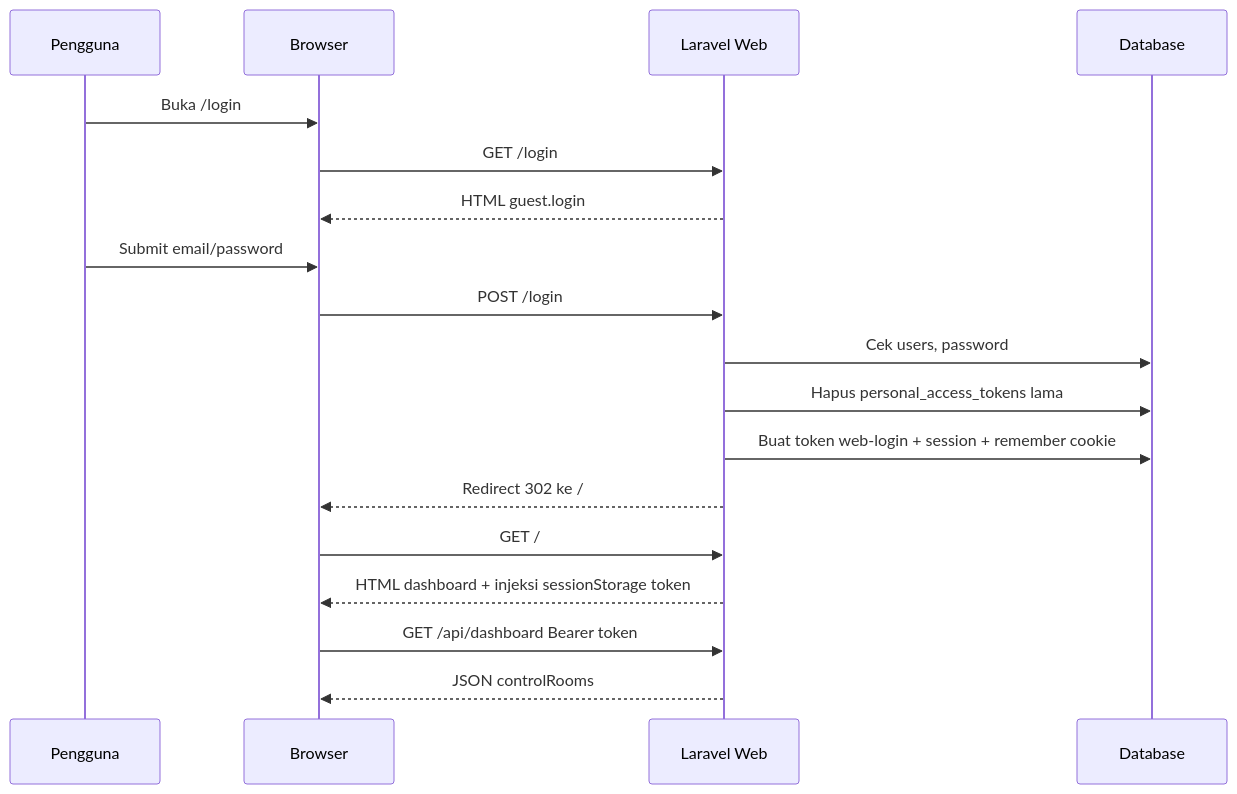
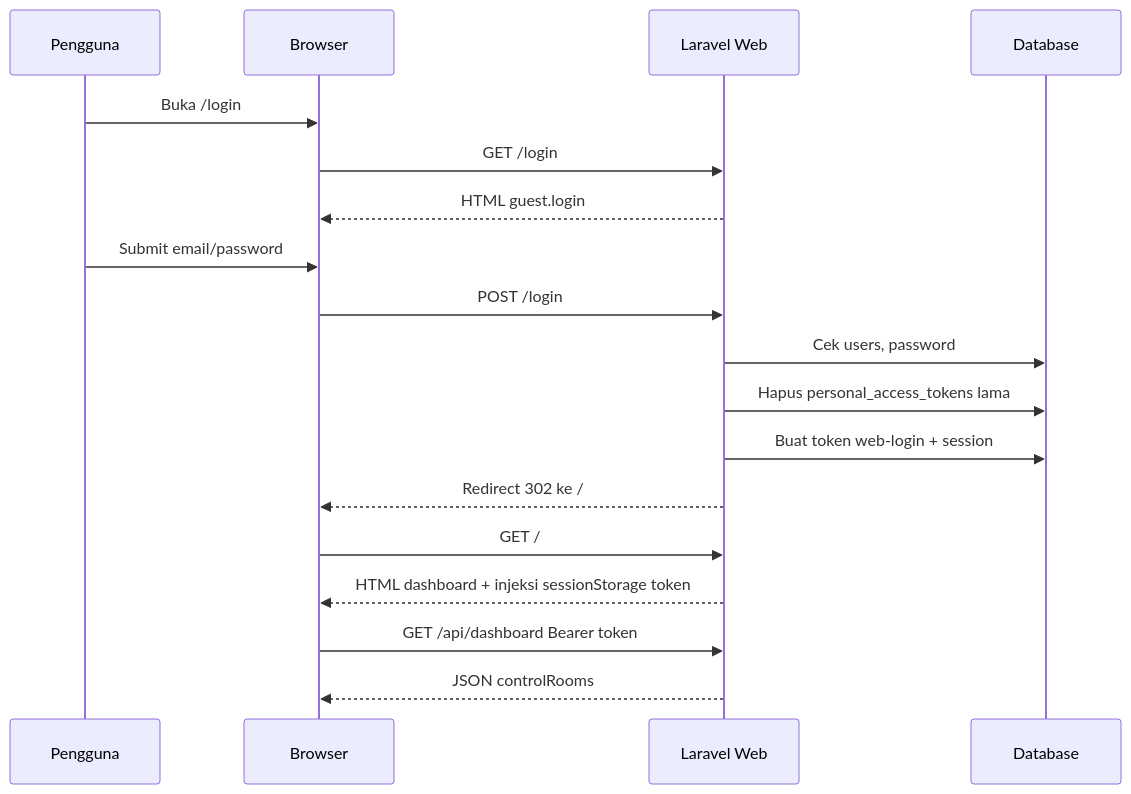
Before and after one commit to Maksum885/dashboard_spm: the second of 4 diagrams in docs/SISTEM_CARA_KERJA_DAN_INDEKS_FILE.md, drawn with Mermaid. The commit also changed other lines of this file and 46 other files, not shown here.

````diff
--- a/docs/SISTEM_CARA_KERJA_DAN_INDEKS_FILE.md
+++ b/docs/SISTEM_CARA_KERJA_DAN_INDEKS_FILE.md
@@ -69,21 +72,21 @@
 ```mermaid
 sequenceDiagram
   participant U as Pengguna
   participant B as Browser
   participant L as Laravel Web
   participant DB as Database
 
   U->>B: Buka /login
   B->>L: GET /login
   L-->>B: HTML guest.login
   U->>B: Submit email/password
   B->>L: POST /login
   L->>DB: Cek users, password
   L->>DB: Hapus personal_access_tokens lama
-  L->>DB: Buat token web-login + session + remember cookie
+  L->>DB: Buat token web-login + session
   L-->>B: Redirect 302 ke /
   B->>L: GET /
   L-->>B: HTML dashboard + injeksi sessionStorage token
   B->>L: GET /api/dashboard Bearer token
   L-->>B: JSON controlRooms
 ```
````
